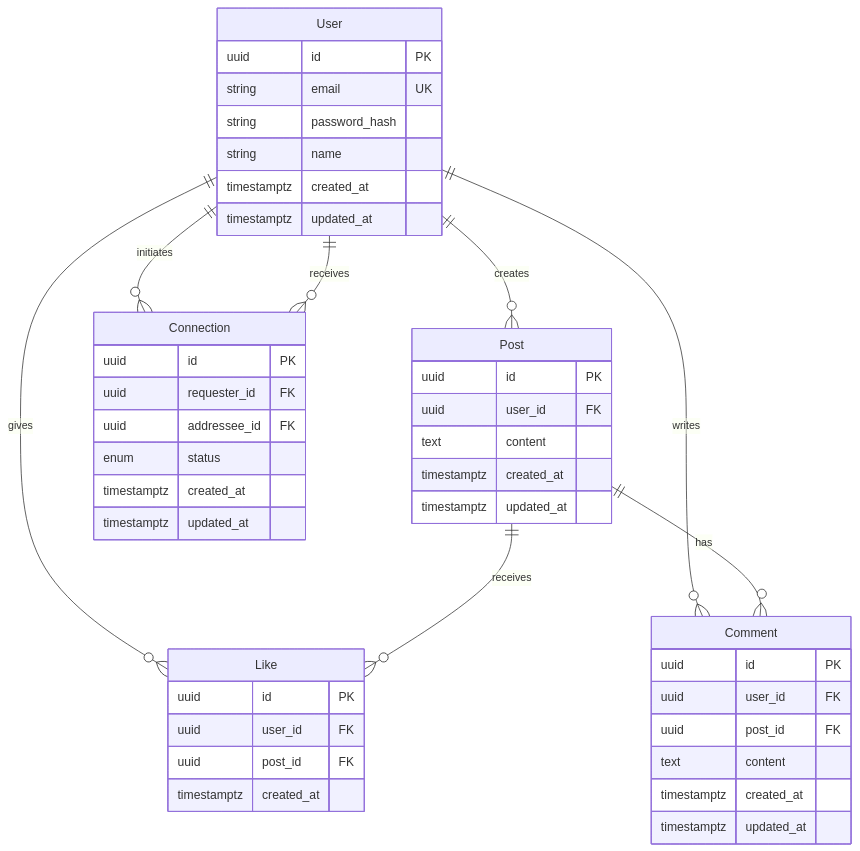
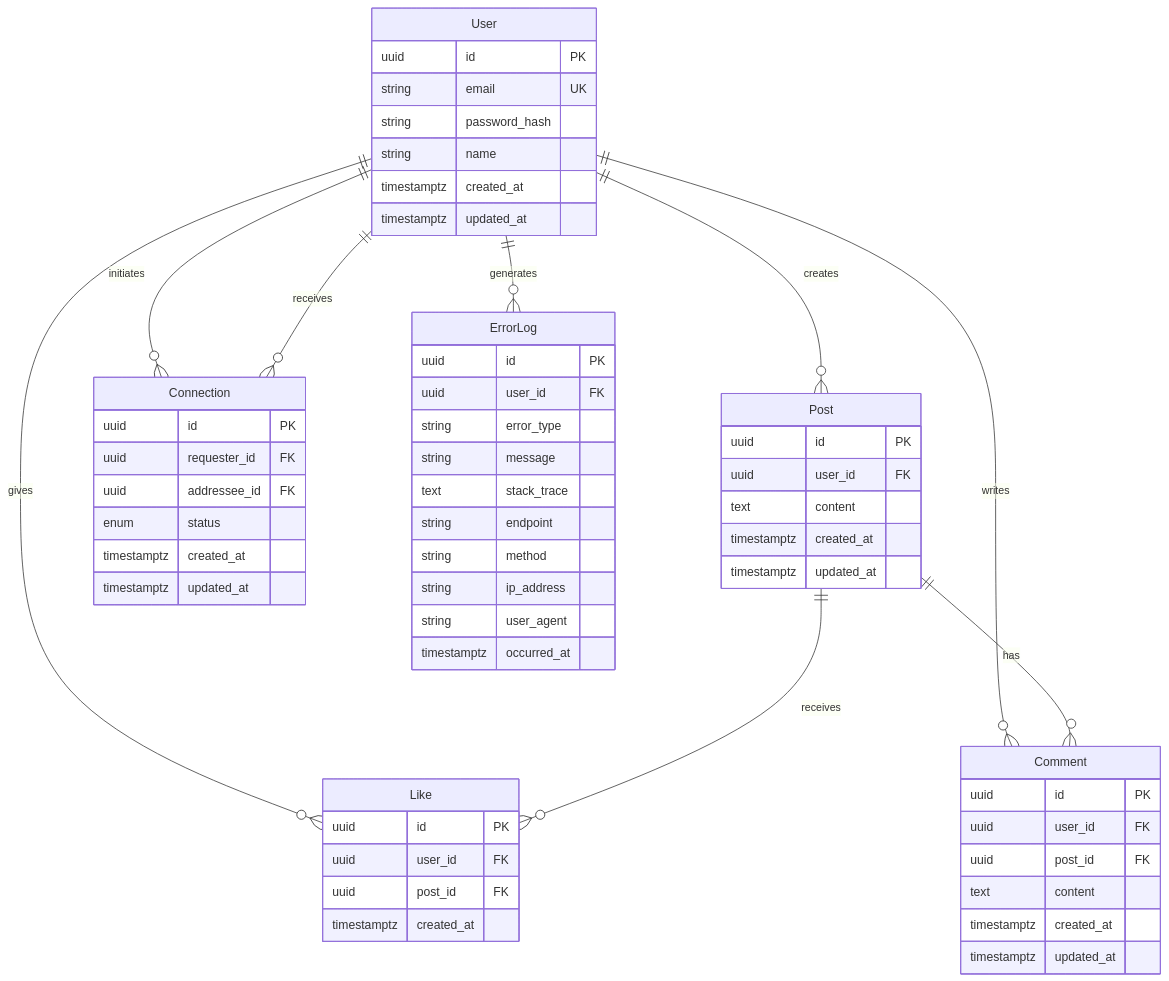
One commit to zukino/potrit changed the diagram in specs/002-build-an-rest/data-model.md. Above: the diagram before and after it, drawn with Mermaid. The commit also changed other lines of this file and 55 other files, not shown here.

````diff
--- a/specs/002-build-an-rest/data-model.md
+++ b/specs/002-build-an-rest/data-model.md
@@ -8,52 +10,66 @@
 ```mermaid
 erDiagram
     User ||--o{ Post : creates
     User ||--o{ Connection : initiates
     User ||--o{ Connection : receives
     User ||--o{ Like : gives
     User ||--o{ Comment : writes
+    User ||--o{ ErrorLog : generates
     Post ||--o{ Like : receives
     Post ||--o{ Comment : has
 
     User {
         uuid id PK
         string email UK
         string password_hash
         string name
         timestamptz created_at
         timestamptz updated_at
     }
 
     Post {
         uuid id PK
         uuid user_id FK
         text content
         timestamptz created_at
         timestamptz updated_at
     }
 
     Connection {
         uuid id PK
         uuid requester_id FK
         uuid addressee_id FK
         enum status
         timestamptz created_at
         timestamptz updated_at
     }
 
     Like {
         uuid id PK
         uuid user_id FK
         uuid post_id FK
         timestamptz created_at
     }
 
     Comment {
         uuid id PK
         uuid user_id FK
         uuid post_id FK
         text content
         timestamptz created_at
         timestamptz updated_at
     }
+
+    ErrorLog {
+        uuid id PK
+        uuid user_id FK
+        string error_type
+        string message
+        text stack_trace
+        string endpoint
+        string method
+        string ip_address
+        string user_agent
+        timestamptz occurred_at
+    }
 ```
````
